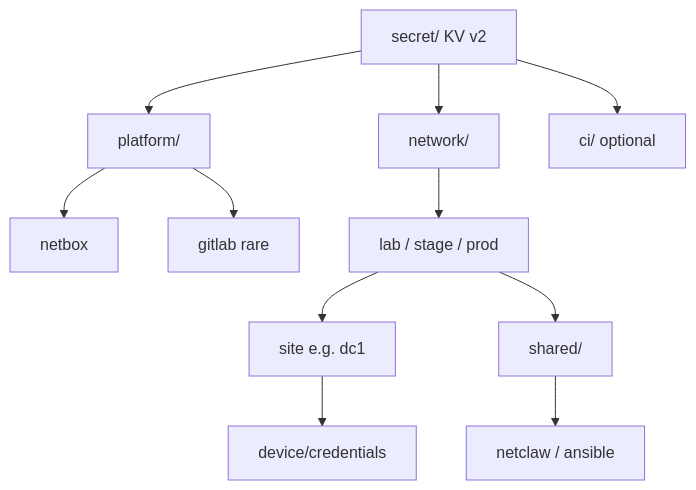
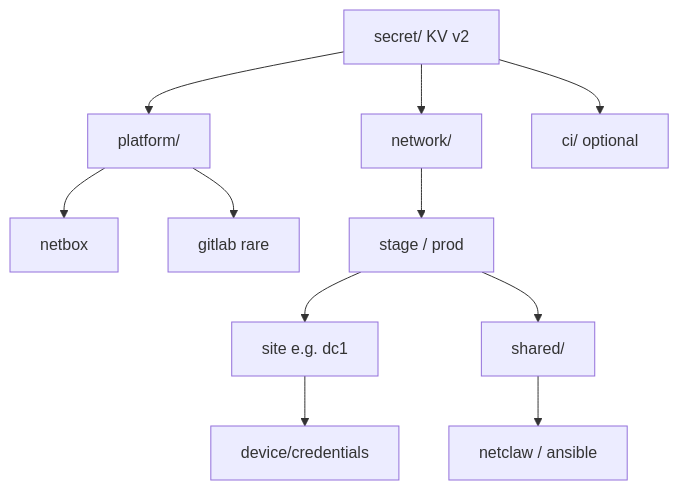
One commit to j-munroe/NetClaw-Production-Install-Guide changed the first of 2 diagrams in docs/PATH_LAYOUT.md. Above: the diagram before and after it, drawn with Mermaid. The commit also changed other lines of this file and 37 other files, not shown here.

````diff
--- a/docs/PATH_LAYOUT.md
+++ b/docs/PATH_LAYOUT.md
@@ -48,14 +48,14 @@
 ```mermaid
 flowchart TB
   S[secret/ KV v2]
   S --> P[platform/]
   S --> N[network/]
   S --> C[ci/ optional]
   P --> NB[netbox]
   P --> GL[gitlab rare]
-  N --> L[lab / stage / prod]
+  N --> L[stage / prod]
   L --> Site[site e.g. dc1]
   L --> SharedEnv[shared/]
   Site --> Dev[device/credentials]
   SharedEnv --> NC[netclaw / ansible]
 ```
````
